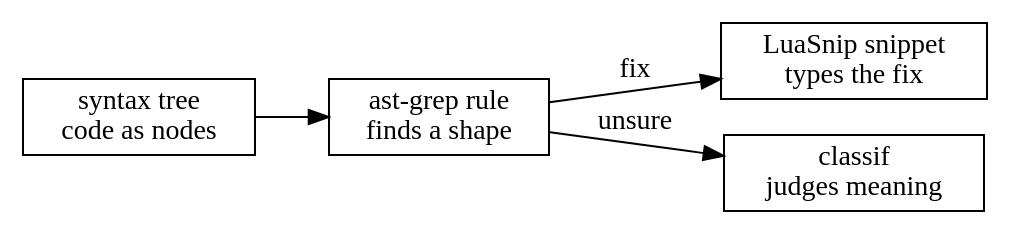
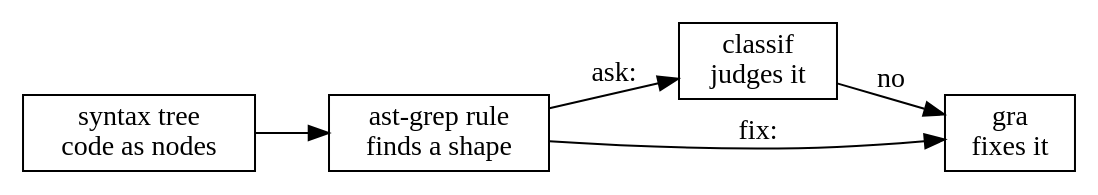
Before and after one commit to Piotr1215/youtube: the diagram in nvim-luasnip-ai-alternative/diagrams/building-blocks.dot, drawn with Graphviz. The commit also changed 21 other files, not shown here.

First line of the commit message:
feat(nvim-luasnip-ai-alternative): close the loop from rule to model to fix

```diff
--- a/nvim-luasnip-ai-alternative/diagrams/building-blocks.dot
+++ b/nvim-luasnip-ai-alternative/diagrams/building-blocks.dot
@@ -1,13 +1,14 @@
 digraph building_blocks {
   rankdir=LR;
   node [shape=box];
 
   tree [label="syntax tree\ncode as nodes"];
   rule [label="ast-grep rule\nfinds a shape"];
-  snip [label="LuaSnip snippet\ntypes the fix"];
-  model [label="classif\njudges meaning"];
+  model [label="classif\njudges it"];
+  fix [label="gra\nfixes it"];
 
   tree -> rule;
-  rule -> snip [label="fix"];
-  rule -> model [label="unsure"];
+  rule -> fix [label="fix:"];
+  rule -> model [label="ask:"];
+  model -> fix [label="no"];
 }
```
